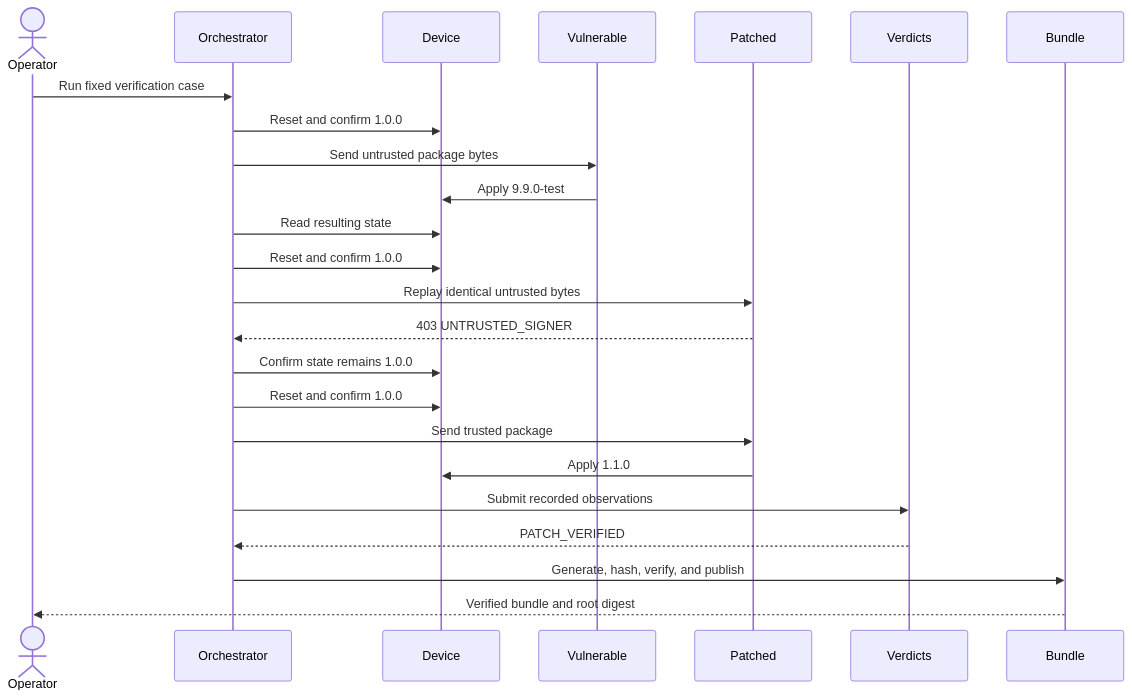
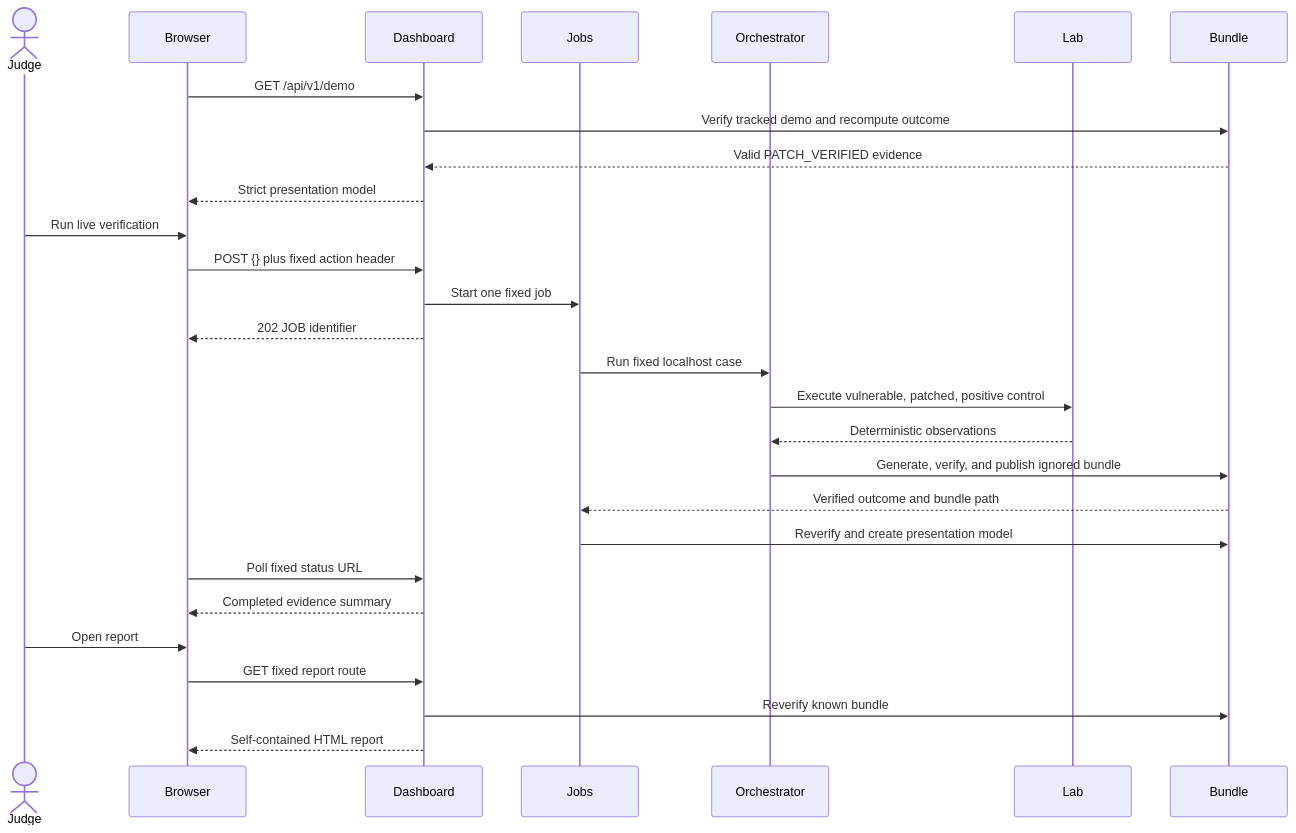
Before and after one commit to ibondarenko1/fixrepro: the second of 2 diagrams in docs/ARCHITECTURE.md, drawn with Mermaid. The commit also changed other lines of this file and 33 other files, not shown here.

Commit message:
feat: add judge-facing verification dashboard

````diff
--- a/docs/ARCHITECTURE.md
+++ b/docs/ARCHITECTURE.md
@@ -72,27 +78,31 @@
 ```mermaid
 sequenceDiagram
-    actor Operator
+    actor Judge
+    participant Browser
+    participant Dashboard
+    participant Jobs
     participant Orchestrator
-    participant Device
-    participant Vulnerable
-    participant Patched
-    participant Verdicts
+    participant Lab
     participant Bundle
 
-    Operator->>Orchestrator: Run fixed verification case
-    Orchestrator->>Device: Reset and confirm 1.0.0
-    Orchestrator->>Vulnerable: Send untrusted package bytes
-    Vulnerable->>Device: Apply 9.9.0-test
-    Orchestrator->>Device: Read resulting state
-    Orchestrator->>Device: Reset and confirm 1.0.0
-    Orchestrator->>Patched: Replay identical untrusted bytes
-    Patched-->>Orchestrator: 403 UNTRUSTED_SIGNER
-    Orchestrator->>Device: Confirm state remains 1.0.0
-    Orchestrator->>Device: Reset and confirm 1.0.0
-    Orchestrator->>Patched: Send trusted package
-    Patched->>Device: Apply 1.1.0
-    Orchestrator->>Verdicts: Submit recorded observations
-    Verdicts-->>Orchestrator: PATCH_VERIFIED
-    Orchestrator->>Bundle: Generate, hash, verify, and publish
-    Bundle-->>Operator: Verified bundle and root digest
+    Browser->>Dashboard: GET /api/v1/demo
+    Dashboard->>Bundle: Verify tracked demo and recompute outcome
+    Bundle-->>Dashboard: Valid PATCH_VERIFIED evidence
+    Dashboard-->>Browser: Strict presentation model
+    Judge->>Browser: Run live verification
+    Browser->>Dashboard: POST {} plus fixed action header
+    Dashboard->>Jobs: Start one fixed job
+    Dashboard-->>Browser: 202 JOB identifier
+    Jobs->>Orchestrator: Run fixed localhost case
+    Orchestrator->>Lab: Execute vulnerable, patched, positive control
+    Lab-->>Orchestrator: Deterministic observations
+    Orchestrator->>Bundle: Generate, verify, and publish ignored bundle
+    Bundle-->>Jobs: Verified outcome and bundle path
+    Jobs->>Bundle: Reverify and create presentation model
+    Browser->>Dashboard: Poll fixed status URL
+    Dashboard-->>Browser: Completed evidence summary
+    Judge->>Browser: Open report
+    Browser->>Dashboard: GET fixed report route
+    Dashboard->>Bundle: Reverify known bundle
+    Dashboard-->>Browser: Self-contained HTML report
 ```
````
